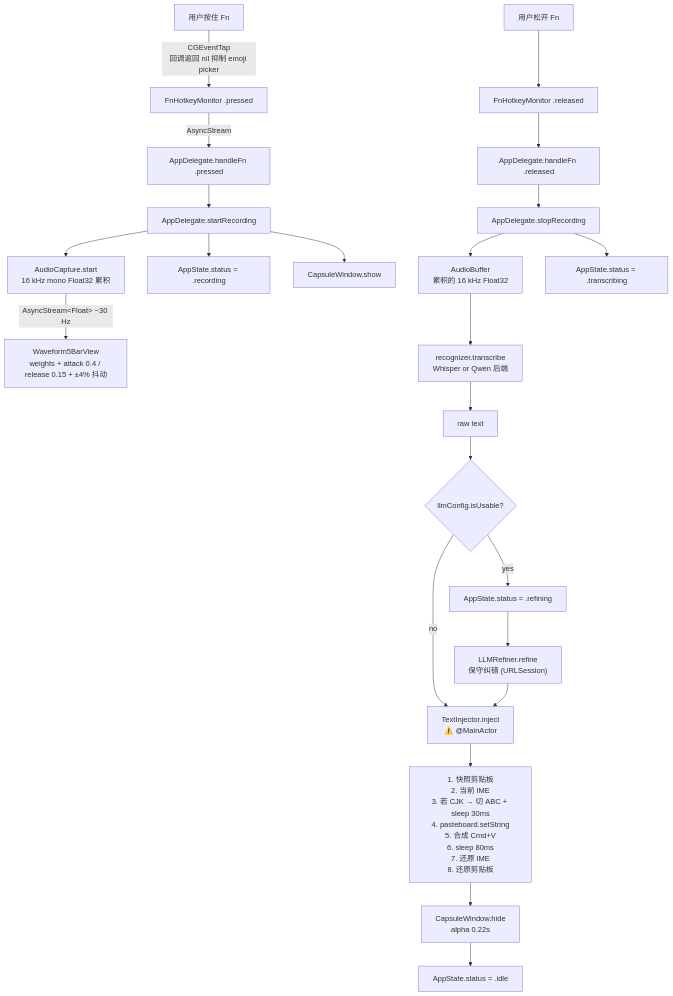
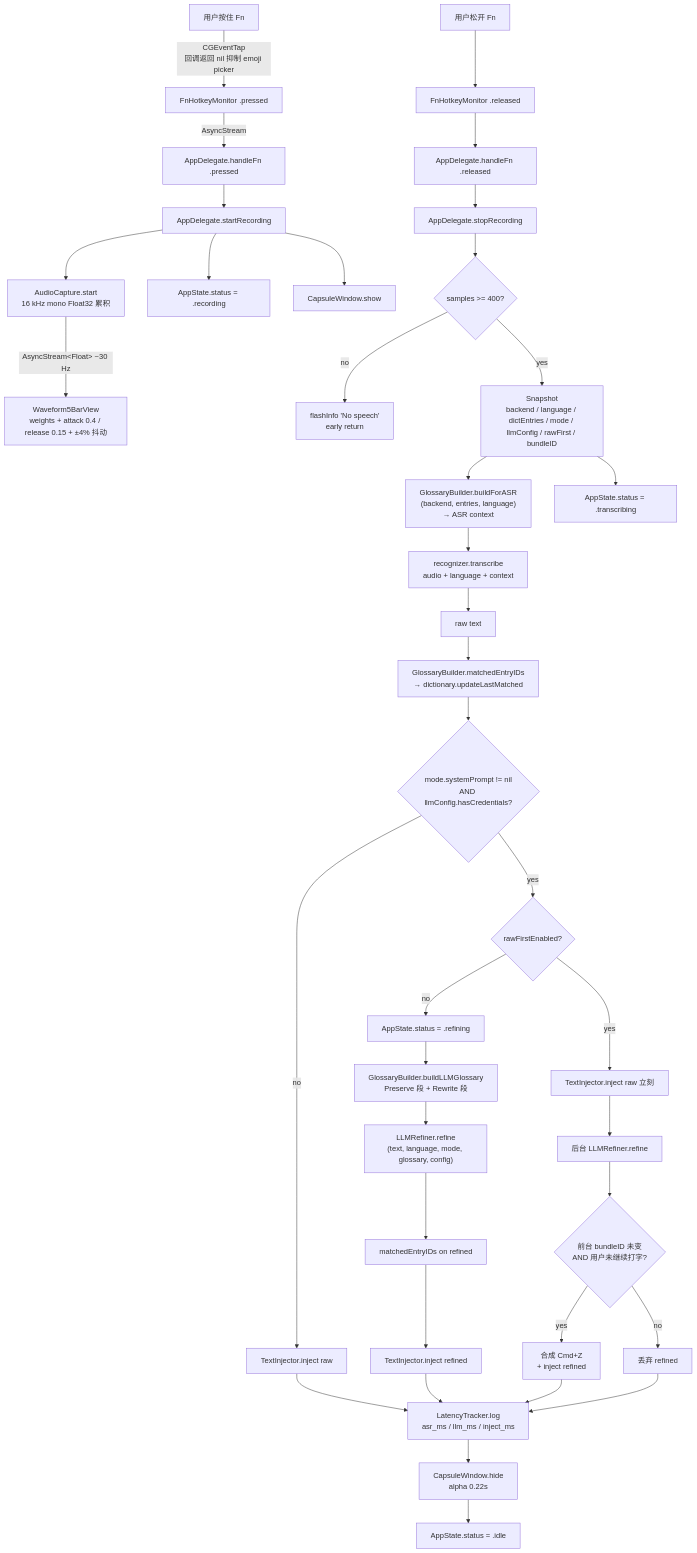
Before and after one commit to 016hiro/voice_typing: the second of 4 diagrams in docs/architecture.md, drawn with Mermaid. The commit also changed other lines of this file and 21 other files, not shown here.

````diff
--- a/docs/architecture.md
+++ b/docs/architecture.md
@@ -155,26 +172,44 @@
 ```mermaid
 flowchart TD
     Press["用户按住 Fn"] -->|"CGEventTap<br/>回调返回 nil 抑制 emoji picker"| FnDown["FnHotkeyMonitor .pressed"]
     FnDown -->|"AsyncStream"| AppDown["AppDelegate.handleFn .pressed"]
     AppDown --> Start["AppDelegate.startRecording"]
     Start --> Cap["AudioCapture.start<br/>16 kHz mono Float32 累积"]
     Start --> StateRec["AppState.status = .recording"]
     Start --> ShowCap["CapsuleWindow.show"]
     Cap -->|"AsyncStream&lt;Float&gt; ~30 Hz"| Wave["Waveform5BarView<br/>weights + attack 0.4 / release 0.15 + ±4% 抖动"]
 
     Release["用户松开 Fn"] --> FnUp["FnHotkeyMonitor .released"]
     FnUp --> AppUp["AppDelegate.handleFn .released"]
     AppUp --> Stop["AppDelegate.stopRecording"]
-    Stop --> Buf["AudioBuffer<br/>累积的 16 kHz Float32"]
-    Stop --> StateTrans["AppState.status = .transcribing"]
-    Buf --> Transcribe["recognizer.transcribe<br/>Whisper or Qwen 后端"]
+    Stop --> ShortGuard{"samples &gt;= 400?"}
+    ShortGuard -- no --> NoSpeech["flashInfo 'No speech'<br/>early return"]
+    ShortGuard -- yes --> Snap["Snapshot<br/>backend / language / dictEntries / mode / llmConfig / rawFirst / bundleID"]
+    Snap --> BuildCtx["GlossaryBuilder.buildForASR<br/>(backend, entries, language)<br/>→ ASR context"]
+    Snap --> StateTrans["AppState.status = .transcribing"]
+    BuildCtx --> Transcribe["recognizer.transcribe<br/>audio + language + context"]
     Transcribe --> RawText["raw text"]
-    RawText --> LLMCheck{"llmConfig.isUsable?"}
-    LLMCheck -- yes --> StateRef["AppState.status = .refining"]
-    StateRef --> Refine["LLMRefiner.refine<br/>保守纠错 (URLSession)"]
-    LLMCheck -- no --> Inject["TextInjector.inject<br/>⚠️ @MainActor"]
-    Refine --> Inject
-    Inject --> InjectSteps["1. 快照剪贴板<br/>2. 当前 IME<br/>3. 若 CJK → 切 ABC + sleep 30ms<br/>4. pasteboard.setString<br/>5. 合成 Cmd+V<br/>6. sleep 80ms<br/>7. 还原 IME<br/>8. 还原剪贴板"]
-    InjectSteps --> Hide["CapsuleWindow.hide<br/>alpha 0.22s"]
+    RawText --> ScanAsr["GlossaryBuilder.matchedEntryIDs<br/>→ dictionary.updateLastMatched"]
+    ScanAsr --> WillRefine{"mode.systemPrompt != nil<br/>AND llmConfig.hasCredentials?"}
+    WillRefine -- no --> InjectRaw["TextInjector.inject raw"]
+    WillRefine -- yes --> RawFirstCheck{"rawFirstEnabled?"}
+
+    RawFirstCheck -- no --> StateRef["AppState.status = .refining"]
+    StateRef --> BuildGloss["GlossaryBuilder.buildLLMGlossary<br/>Preserve 段 + Rewrite 段"]
+    BuildGloss --> Refine["LLMRefiner.refine<br/>(text, language, mode, glossary, config)"]
+    Refine --> ScanLLM["matchedEntryIDs on refined"]
+    ScanLLM --> InjectRefined["TextInjector.inject refined"]
+
+    RawFirstCheck -- yes --> InjectRawEarly["TextInjector.inject raw 立刻"]
+    InjectRawEarly --> BgRefine["后台 LLMRefiner.refine"]
+    BgRefine --> FocusCheck{"前台 bundleID 未变<br/>AND 用户未继续打字?"}
+    FocusCheck -- yes --> UndoPaste["合成 Cmd+Z<br/>+ inject refined"]
+    FocusCheck -- no --> Drop["丢弃 refined"]
+
+    InjectRaw --> Latency["LatencyTracker.log<br/>asr_ms / llm_ms / inject_ms"]
+    InjectRefined --> Latency
+    UndoPaste --> Latency
+    Drop --> Latency
+    Latency --> Hide["CapsuleWindow.hide<br/>alpha 0.22s"]
     Hide --> StateIdle["AppState.status = .idle"]
 ```
````
